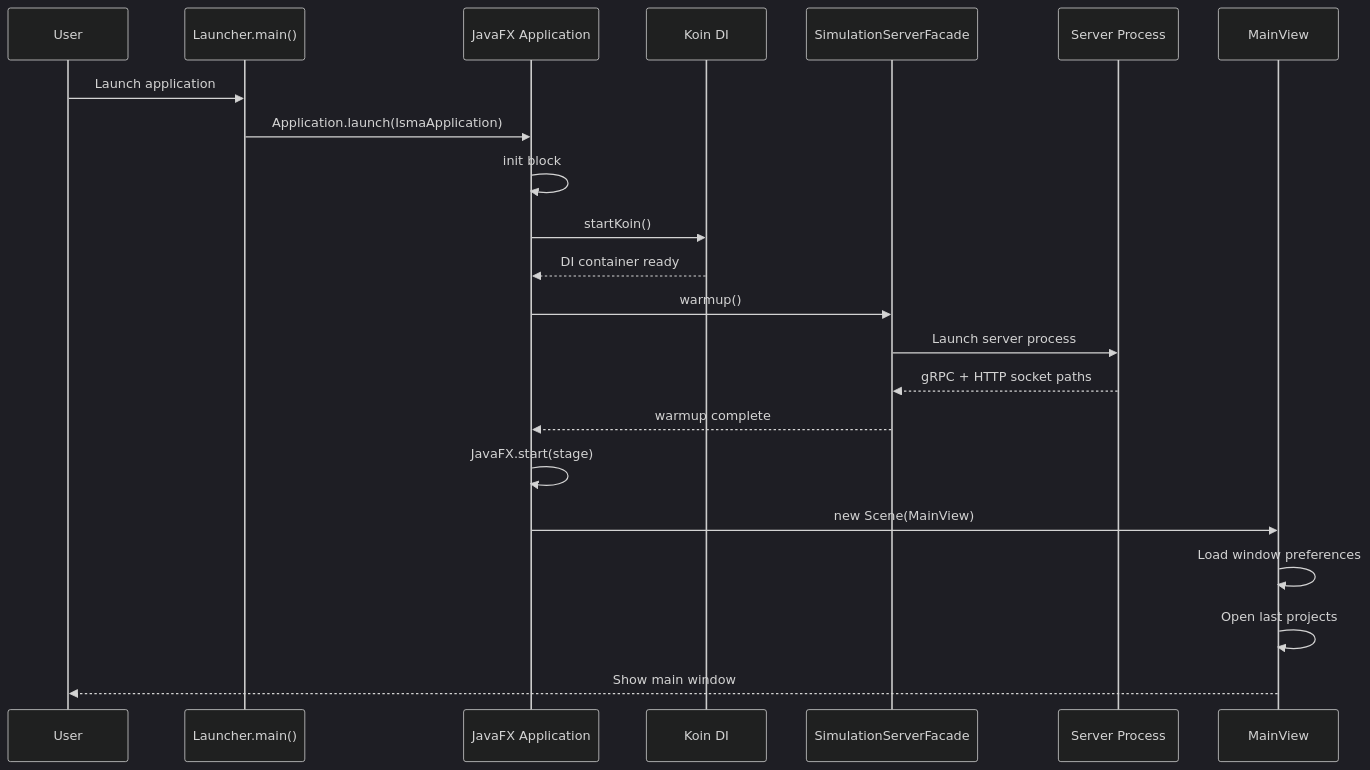
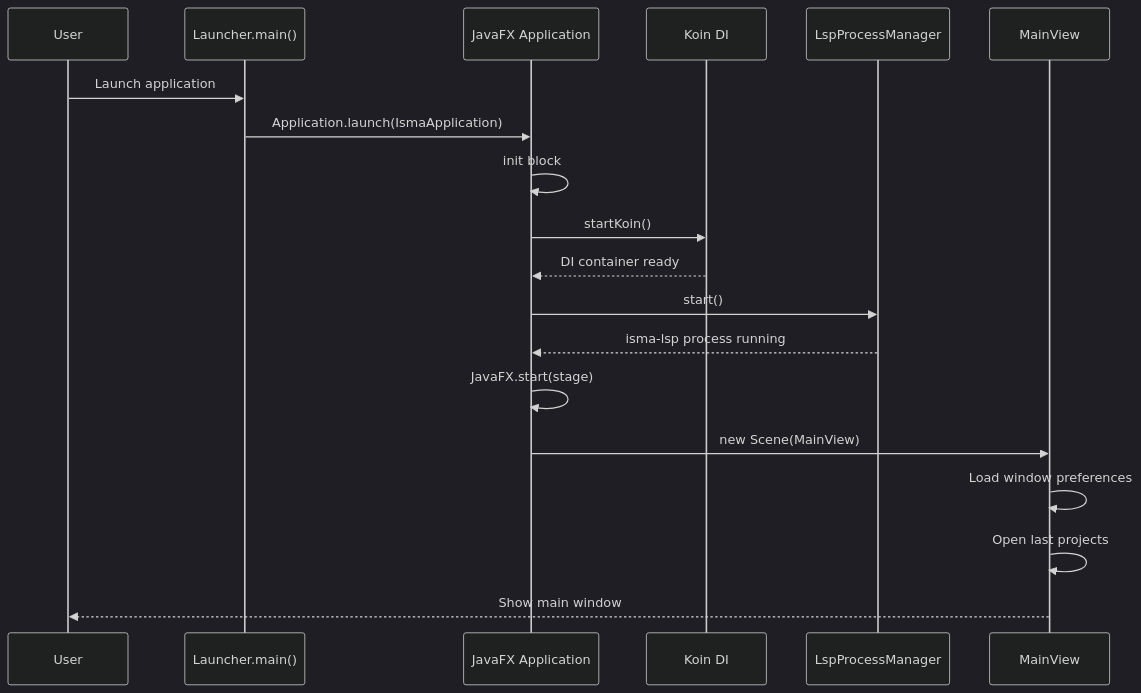
One commit to SmallBossGames/isma changed the diagram in docs/isma-ui/01-architecture.md. Above: the diagram before and after it, drawn with Mermaid (dark theme). The commit also changed other lines of this file and 76 other files, not shown here.

````diff
--- a/docs/isma-ui/01-architecture.md
+++ b/docs/isma-ui/01-architecture.md
@@ -42,25 +42,22 @@
 ```mermaid
 sequenceDiagram
     participant U as User
     participant L as Launcher.main()
     participant JFX as JavaFX Application
     participant K as Koin DI
-    participant S as SimulationServerFacade
-    participant JVM as Server Process
+    participant LSP as LspProcessManager
     participant M as MainView
 
     U->>L: Launch application
     L->>JFX: Application.launch(IsmaApplication)
     JFX->>JFX: init block
     JFX->>K: startKoin()
     K-->>JFX: DI container ready
-    JFX->>S: warmup()
-    S->>JVM: Launch server process
-    JVM-->>S: gRPC + HTTP socket paths
-    S-->>JFX: warmup complete
+    JFX->>LSP: start()
+    LSP-->>JFX: isma-lsp process running
     JFX->>JFX: JavaFX.start(stage)
     JFX->>M: new Scene(MainView)
     M->>M: Load window preferences
     M->>M: Open last projects
     M-->>U: Show main window
 ```
````
